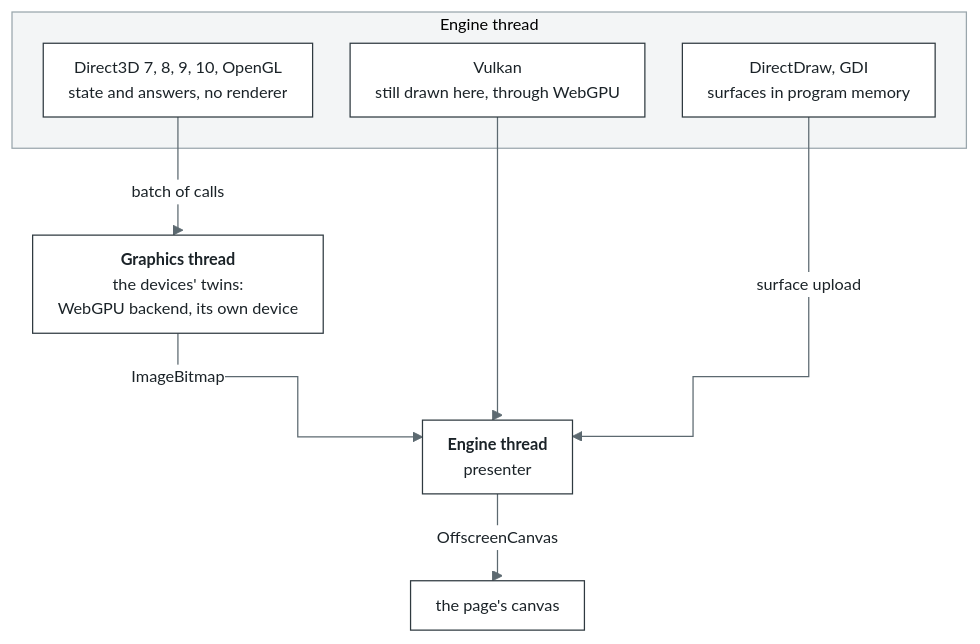
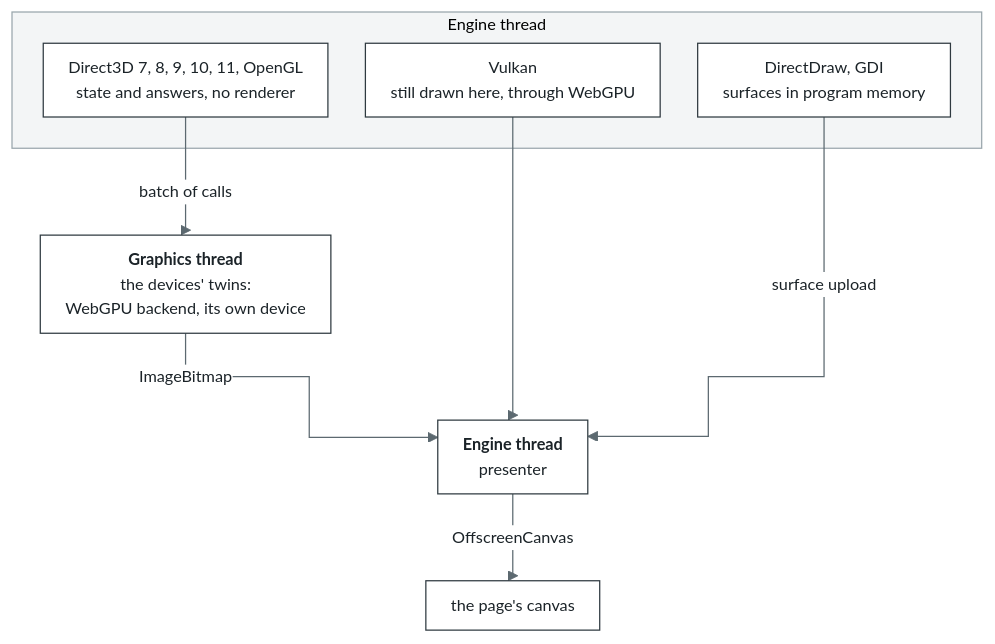
Before and after one commit to bottlify/bottlify: the diagram in docs/architecture/graphics.md, drawn with Mermaid. The commit also changed 15 other files, not shown here.

````diff
--- a/docs/architecture/graphics.md
+++ b/docs/architecture/graphics.md
@@ -10,17 +10,17 @@
 ```mermaid
 %%{init: {"theme": "base", "flowchart": {"curve": "step", "nodeSpacing": 30, "rankSpacing": 50, "padding": 10}, "themeVariables": {"fontFamily": "Inter, Segoe UI, Helvetica, Arial, sans-serif", "fontSize": "13px", "primaryColor": "#FFFFFF", "primaryBorderColor": "#2F3A40", "primaryTextColor": "#1B2328", "lineColor": "#5C6970", "clusterBkg": "#F3F5F6", "clusterBorder": "#9AA6AC", "edgeLabelBackground": "#FFFFFF"}}}%%
 flowchart TB
   subgraph E1["Engine thread"]
-    D89["Direct3D 7, 8, 9, 10, OpenGL<br/>state and answers, no renderer"]
+    D89["Direct3D 7, 8, 9, 10, 11, OpenGL<br/>state and answers, no renderer"]
     D7["Vulkan<br/>still drawn here, through WebGPU"]
     SW["DirectDraw, GDI<br/>surfaces in program memory"]
   end
   TW["<b>Graphics thread</b><br/>the devices' twins:<br/>WebGPU backend, its own device"]
   PR["<b>Engine thread</b><br/>presenter"]
   CV["the page's canvas"]
   D89 -->|"batch of calls"| TW
   TW -->|"ImageBitmap"| PR
   D7 --> PR
   SW -->|"surface upload"| PR
   PR -->|"OffscreenCanvas"| CV
 ```
````
